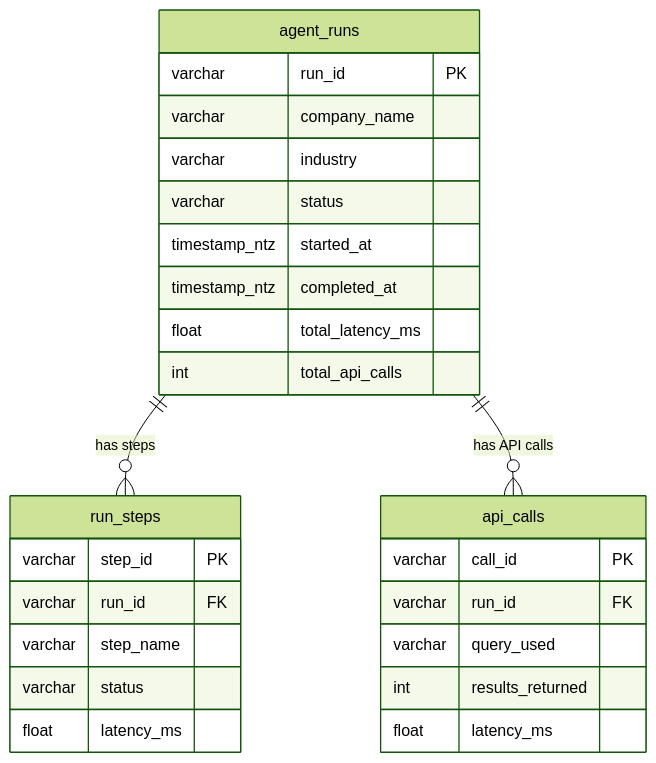
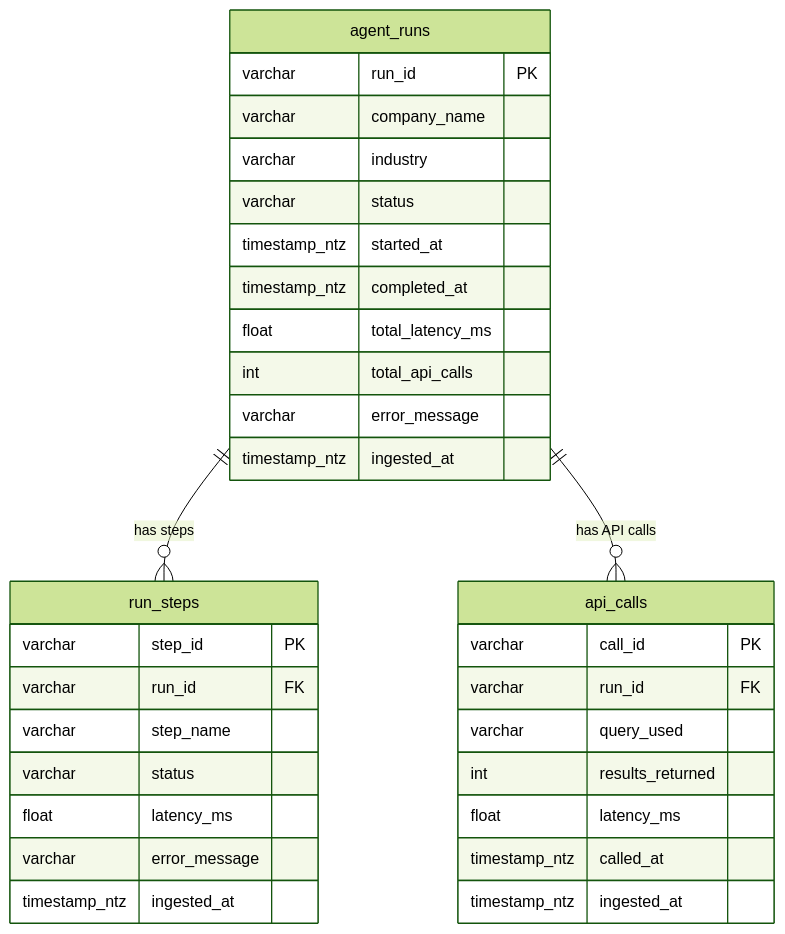
The second of 2 diagrams in tavily_data_pipline/README.md (talya2202talya2202/data_pipline), drawn with Mermaid (forest theme) before and after one commit. The commit also changed other lines of this file and 6 other files, not shown here.

````diff
--- a/tavily_data_pipline/README.md
+++ b/tavily_data_pipline/README.md
@@ -64,29 +59,35 @@
 ```mermaid
 erDiagram
     agent_runs ||--o{ run_steps : "has steps"
     agent_runs ||--o{ api_calls : "has API calls"
     agent_runs {
         varchar run_id PK
         varchar company_name
         varchar industry
         varchar status
         timestamp_ntz started_at
         timestamp_ntz completed_at
         float total_latency_ms
         int total_api_calls
+        varchar error_message
+        timestamp_ntz ingested_at
     }
     run_steps {
         varchar step_id PK
         varchar run_id FK
         varchar step_name
         varchar status
         float latency_ms
+        varchar error_message
+        timestamp_ntz ingested_at
     }
     api_calls {
         varchar call_id PK
         varchar run_id FK
         varchar query_used
         int results_returned
         float latency_ms
+        timestamp_ntz called_at
+        timestamp_ntz ingested_at
     }
 ```
````
